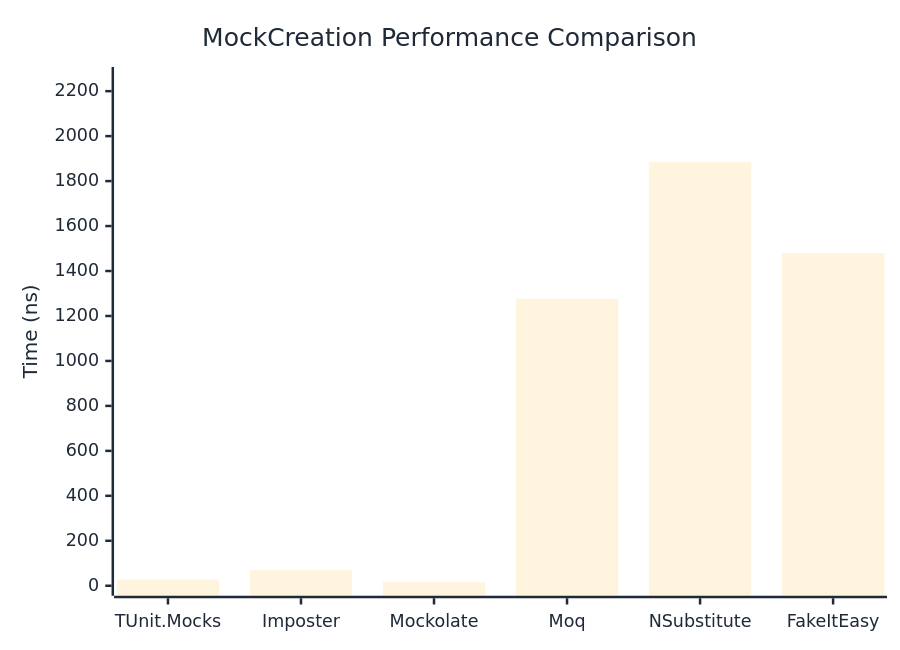
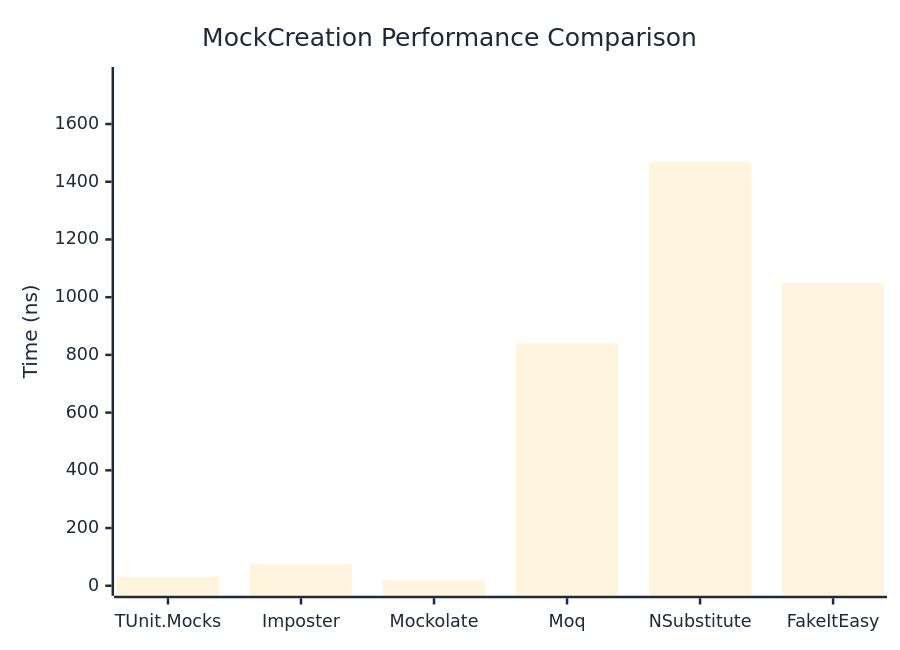
Before and after one commit to thomhurst/TUnit: the first of 2 diagrams in docs/docs/benchmarks/mocks/MockCreation.md, drawn with Mermaid. The commit also changed other lines of this file and 14 other files, not shown here.

````diff
--- a/docs/docs/benchmarks/mocks/MockCreation.md
+++ b/docs/docs/benchmarks/mocks/MockCreation.md
@@ -30,27 +30,27 @@
 ```mermaid
 %%{init: {
   'theme':'base',
   'themeVariables': {
     'primaryColor': '#2563eb',
     'primaryTextColor': '#1f2937',
     'primaryBorderColor': '#1e40af',
     'lineColor': '#6b7280',
     'secondaryColor': '#7c3aed',
     'tertiaryColor': '#dc2626',
     'background': '#ffffff',
     'pie1': '#2563eb',
     'pie2': '#7c3aed',
     'pie3': '#dc2626',
     'pie4': '#f59e0b',
     'pie5': '#10b981',
     'pie6': '#06b6d4',
     'pie7': '#ec4899',
     'pie8': '#6366f1'
   }
 }}%%
 xychart-beta
   title "MockCreation Performance Comparison"
   x-axis ["TUnit.Mocks", "Imposter", "Mockolate", "Moq", "NSubstitute", "FakeItEasy"]
-  y-axis "Time (ns)" 0 --> 2263
-  bar [27.19, 68.92, 16.11, 1275.87, 1885.19, 1479.99]
+  y-axis "Time (ns)" 0 --> 1763
+  bar [31.72, 76.1, 20.82, 840.19, 1469.05, 1050.43]
 ```
````
